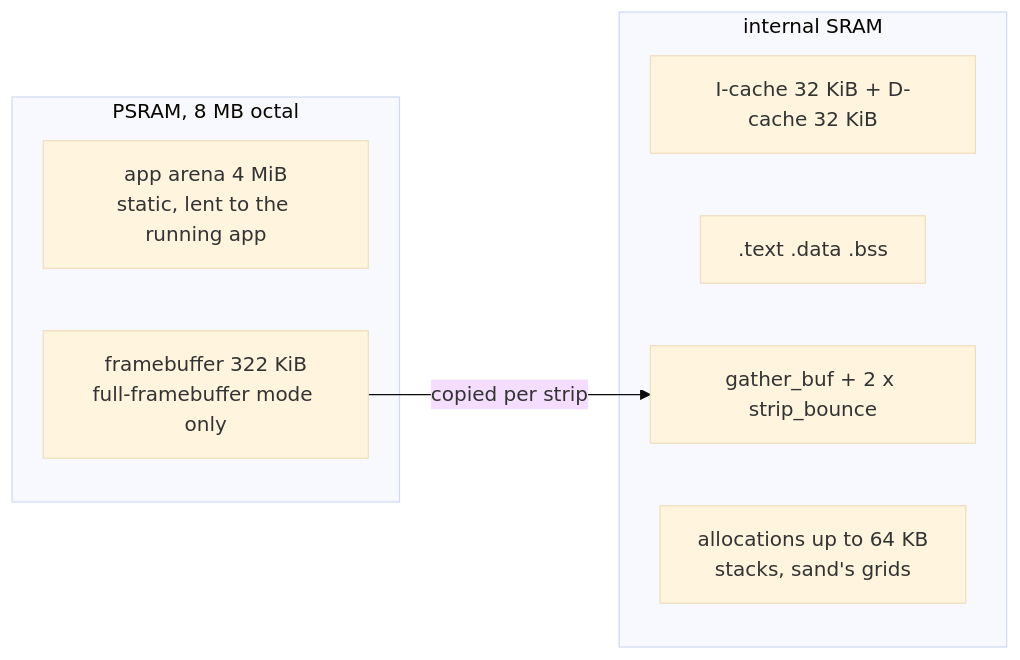
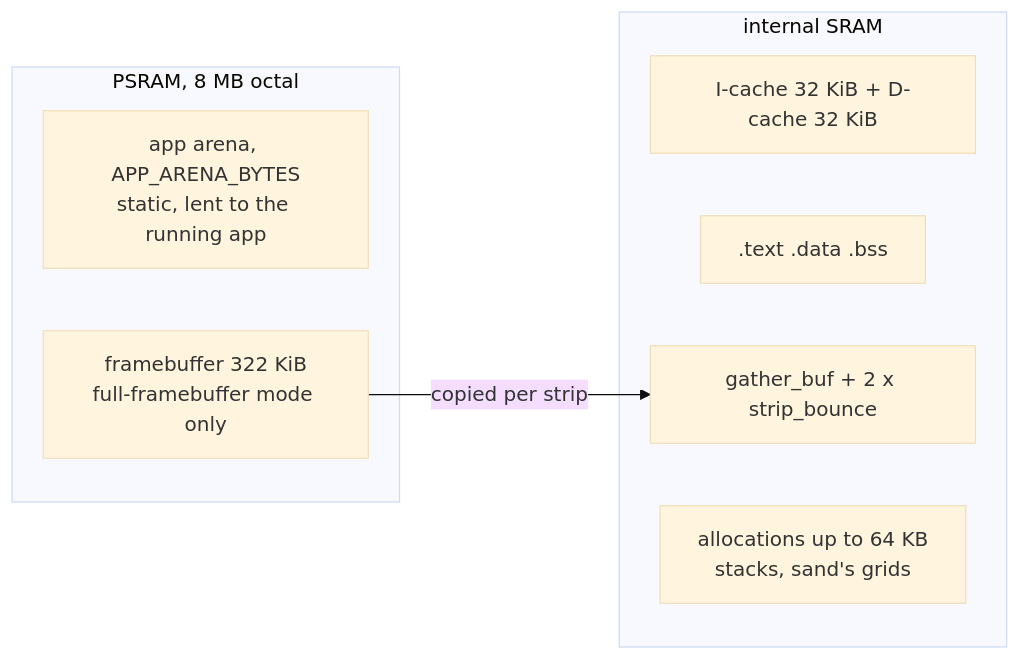
One commit to jose-villegas/autana changed the second of 2 diagrams in docs/notes/Board-and-Memory.md. Above: the diagram before and after it, drawn with Mermaid (base theme). The commit also changed 3 other files, not shown here.

Commit message:
docs: the arena is rewound before enter(), in the lifecycle diagram too

````diff
--- a/docs/notes/Board-and-Memory.md
+++ b/docs/notes/Board-and-Memory.md
@@ -58,14 +58,14 @@
 ```mermaid
 flowchart LR
     subgraph PSRAM["PSRAM, 8 MB octal"]
-        ARENA["app arena 4 MiB<br/>static, lent to the running app"]
+        ARENA["app arena, APP_ARENA_BYTES<br/>static, lent to the running app"]
         FB["framebuffer 322 KiB<br/>full-framebuffer mode only"]
     end
     subgraph SRAM["internal SRAM"]
         CACHE["I-cache 32 KiB + D-cache 32 KiB"]
         STATIC[".text .data .bss"]
         DMA["gather_buf + 2 x strip_bounce"]
         APP["allocations up to 64 KB<br/>stacks, sand's grids"]
     end
     FB -->|"copied per strip"| DMA
 ```
````
